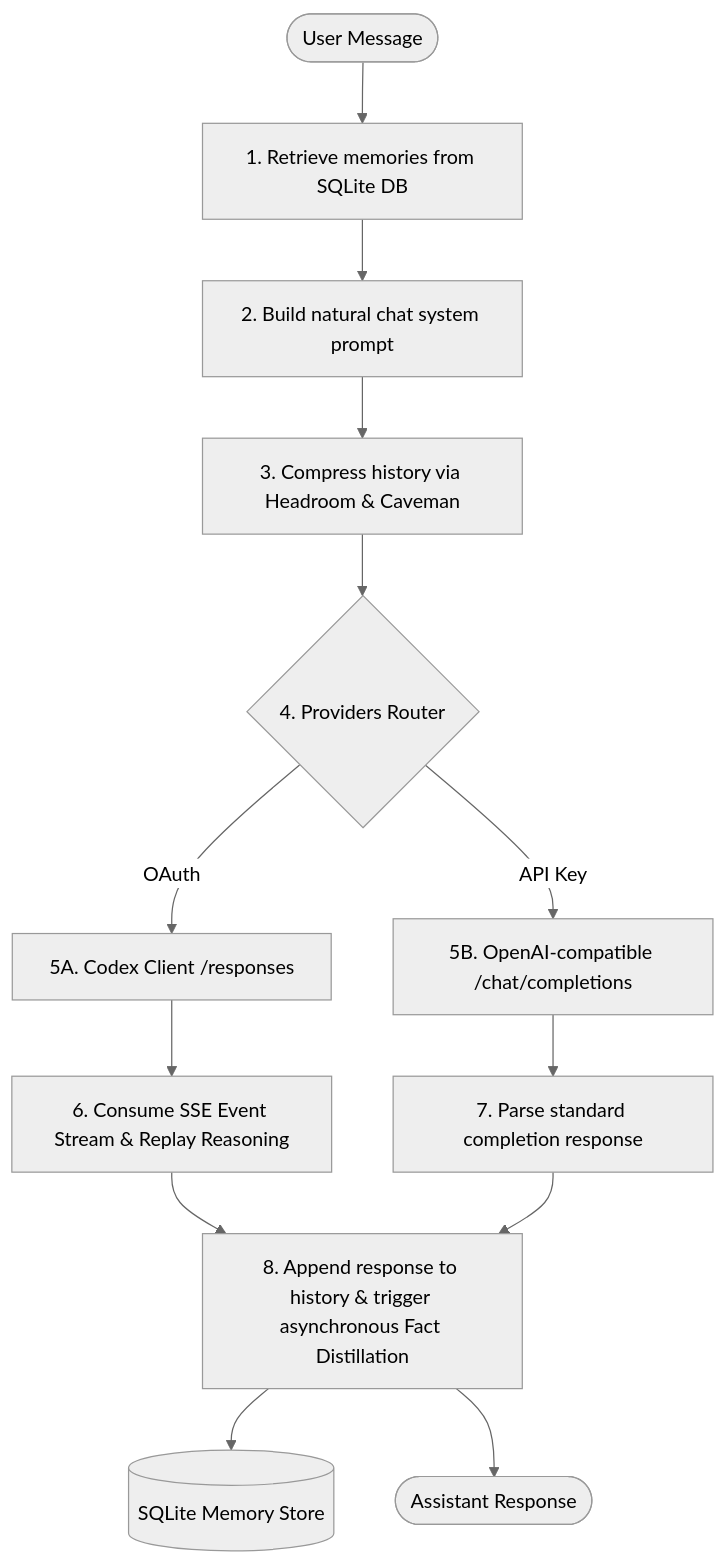
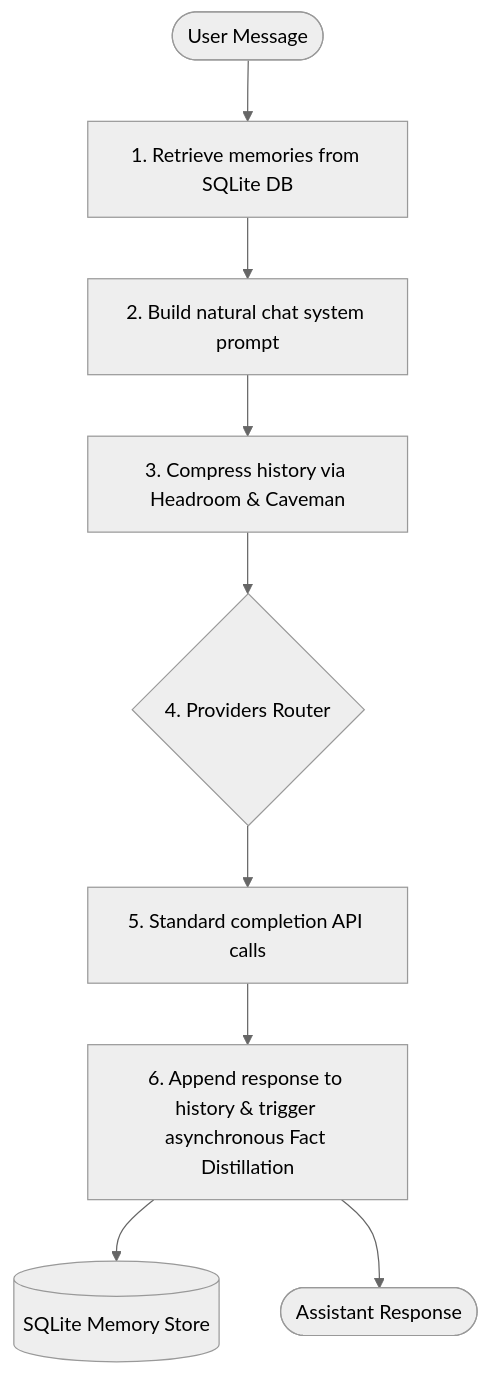
Before and after one commit to vaughnNixon/Athena-v1: the diagram in README.md, drawn with Mermaid (neutral theme). The commit also changed other lines of this file and 9 other files, not shown here.

Commit message:
Remove ChatGPT Pro/Plus OAuth integration and Codex transport completely

````diff
--- a/README.md
+++ b/README.md
@@ -9,19 +9,14 @@
 ```mermaid
 graph TD
     User([User Message]) --> Retrieve[1. Retrieve memories from SQLite DB]
     Retrieve --> Prompt[2. Build natural chat system prompt]
     Prompt --> Compress[3. Compress history via Headroom & Caveman]
     Compress --> Route{4. Providers Router}
     
-    Route -->|OAuth| Codex[5A. Codex Client /responses]
-    Route -->|API Key| Standard[5B. OpenAI-compatible /chat/completions]
+    Route --> Standard[5. Standard completion API calls]
     
-    Codex --> SSE[6. Consume SSE Event Stream & Replay Reasoning]
-    Standard --> NormalCall[7. Parse standard completion response]
-    
-    SSE --> Save[8. Append response to history & trigger asynchronous Fact Distillation]
-    NormalCall --> Save
+    Standard --> Save[6. Append response to history & trigger asynchronous Fact Distillation]
     
     Save --> DB[(SQLite Memory Store)]
     Save --> Out([Assistant Response])
 ```
````
